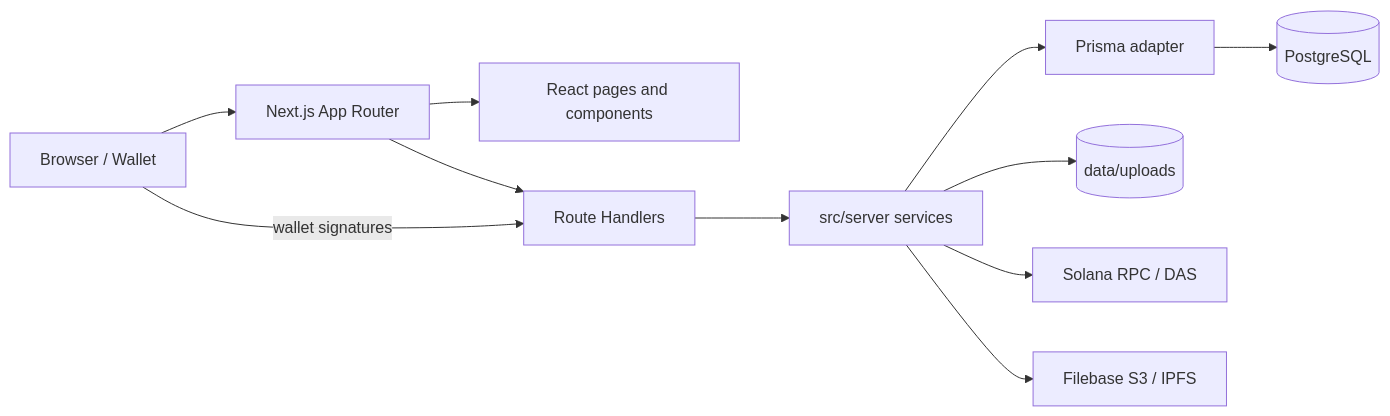
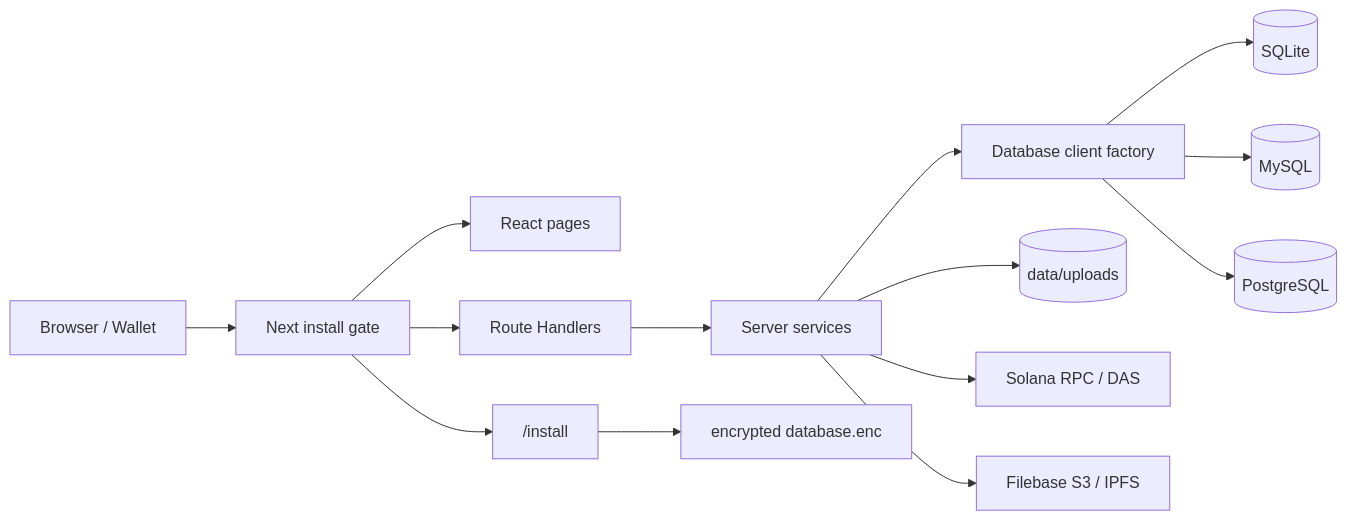
Before and after one commit to holic512/SlothVault: the diagram in README.md, drawn with Mermaid. The commit also changed other lines of this file and 112 other files, not shown here.

````diff
--- a/README.md
+++ b/README.md
@@ -103,13 +135,16 @@
 ```mermaid
 flowchart LR
-    Browser["Browser / Wallet"] --> App["Next.js App Router"]
-    App --> Pages["React pages and components"]
-    App --> Routes["Route Handlers"]
-    Routes --> Services["src/server services"]
-    Services --> Prisma["Prisma adapter"]
-    Prisma --> PostgreSQL[(PostgreSQL)]
+    Browser["Browser / Wallet"] --> Gate["Next install gate"]
+    Gate --> Pages["React pages"]
+    Gate --> Routes["Route Handlers"]
+    Routes --> Services["Server services"]
+    Services --> Factory["Database client factory"]
+    Factory --> SQLite[(SQLite)]
+    Factory --> MySQL[(MySQL)]
+    Factory --> PostgreSQL[(PostgreSQL)]
     Services --> Uploads[(data/uploads)]
     Services --> Solana["Solana RPC / DAS"]
     Services --> Filebase["Filebase S3 / IPFS"]
-    Browser -->|"wallet signatures"| Routes
+    Gate --> Installer["/install"]
+    Installer --> Config["encrypted database.enc"]
 ```
````
